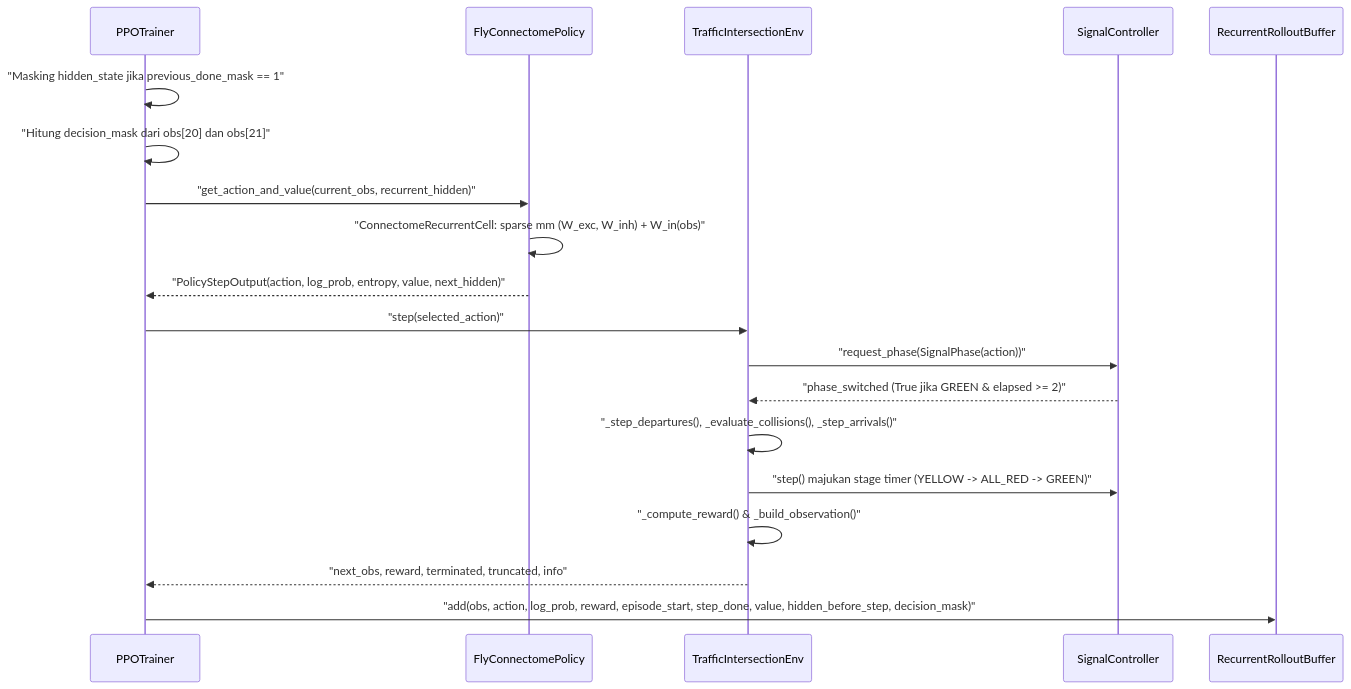
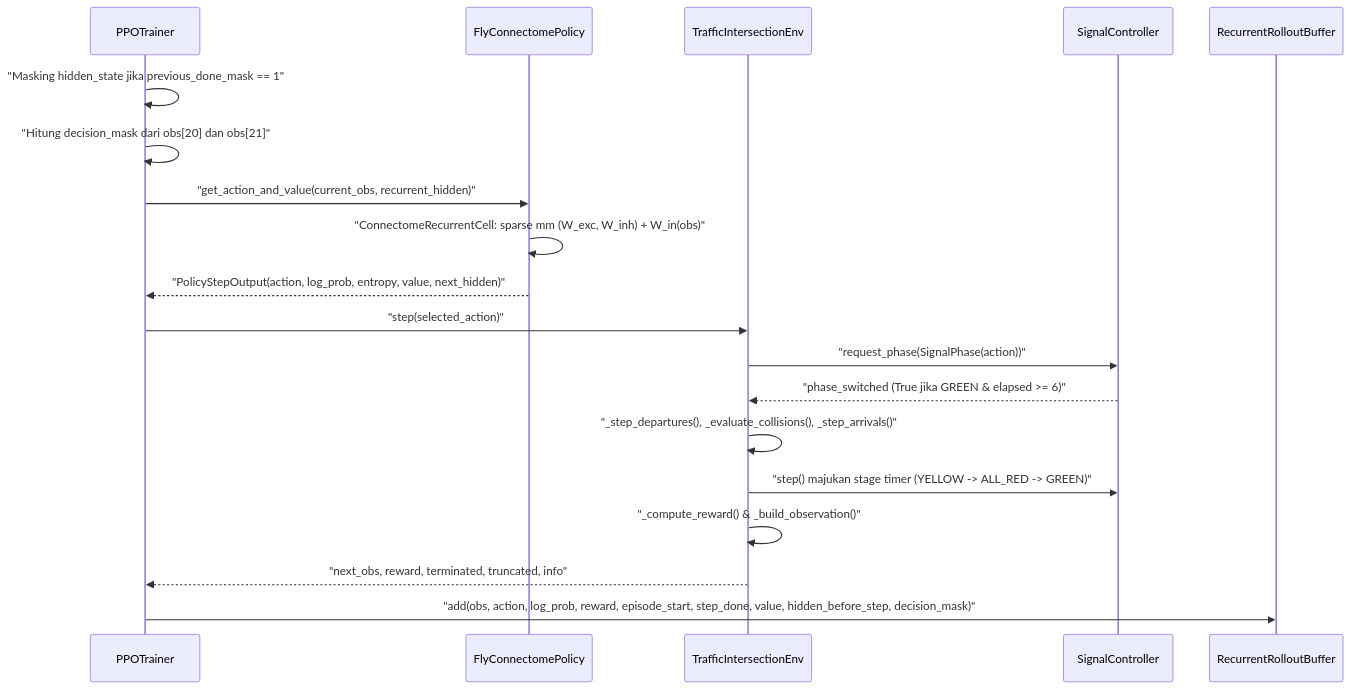
The third of 3 diagrams in docs/TRAINING_AND_EPISODE_GUIDE.md (Fahmialfayadh/fly-connectome-traffic-rl), drawn with Mermaid before and after one commit. The commit also changed other lines of this file and 58 other files, not shown here.

````diff
--- a/docs/TRAINING_AND_EPISODE_GUIDE.md
+++ b/docs/TRAINING_AND_EPISODE_GUIDE.md
@@ -99,22 +101,22 @@
 ```mermaid
 sequenceDiagram
     participant Trainer as PPOTrainer
     participant Policy as FlyConnectomePolicy
     participant Env as TrafficIntersectionEnv
     participant Signal as SignalController
     participant Buffer as RecurrentRolloutBuffer
 
     Trainer->>Trainer: "Masking hidden_state jika previous_done_mask == 1"
     Trainer->>Trainer: "Hitung decision_mask dari obs[20] dan obs[21]"
     Trainer->>Policy: "get_action_and_value(current_obs, recurrent_hidden)"
     Policy->>Policy: "ConnectomeRecurrentCell: sparse mm (W_exc, W_inh) + W_in(obs)"
     Policy-->>Trainer: "PolicyStepOutput(action, log_prob, entropy, value, next_hidden)"
     Trainer->>Env: "step(selected_action)"
     Env->>Signal: "request_phase(SignalPhase(action))"
-    Signal-->>Env: "phase_switched (True jika GREEN & elapsed >= 2)"
+    Signal-->>Env: "phase_switched (True jika GREEN & elapsed >= 6)"
     Env->>Env: "_step_departures(), _evaluate_collisions(), _step_arrivals()"
     Env->>Signal: "step() majukan stage timer (YELLOW -> ALL_RED -> GREEN)"
     Env->>Env: "_compute_reward() & _build_observation()"
     Env-->>Trainer: "next_obs, reward, terminated, truncated, info"
     Trainer->>Buffer: "add(obs, action, log_prob, reward, episode_start, step_done, value, hidden_before_step, decision_mask)"
 ```
````
